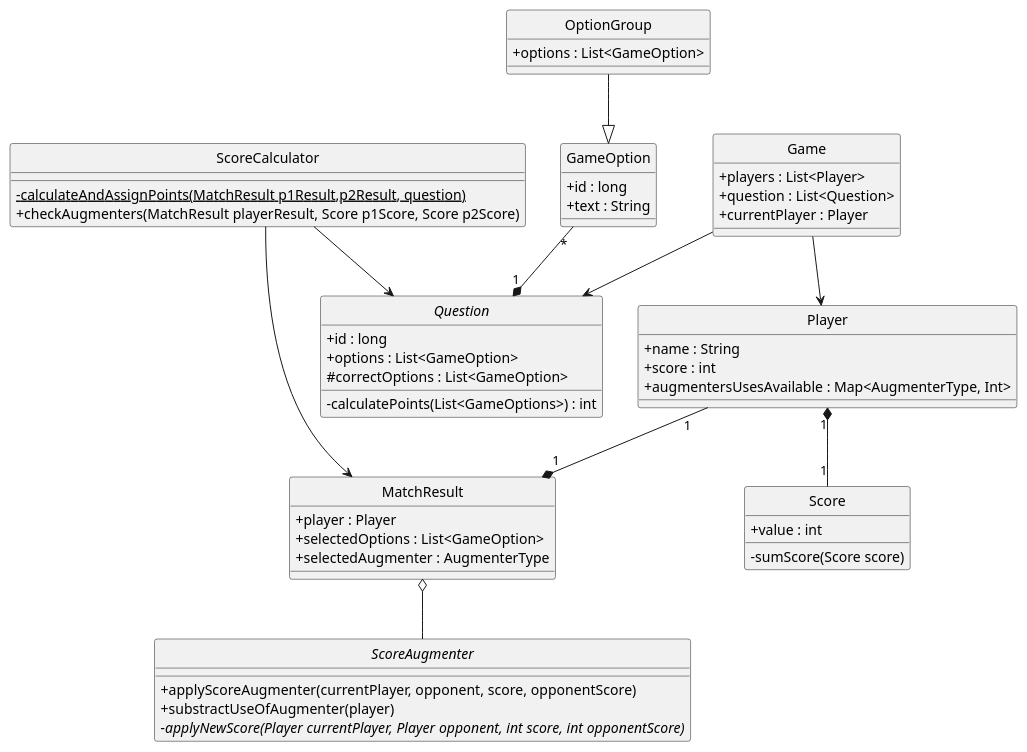
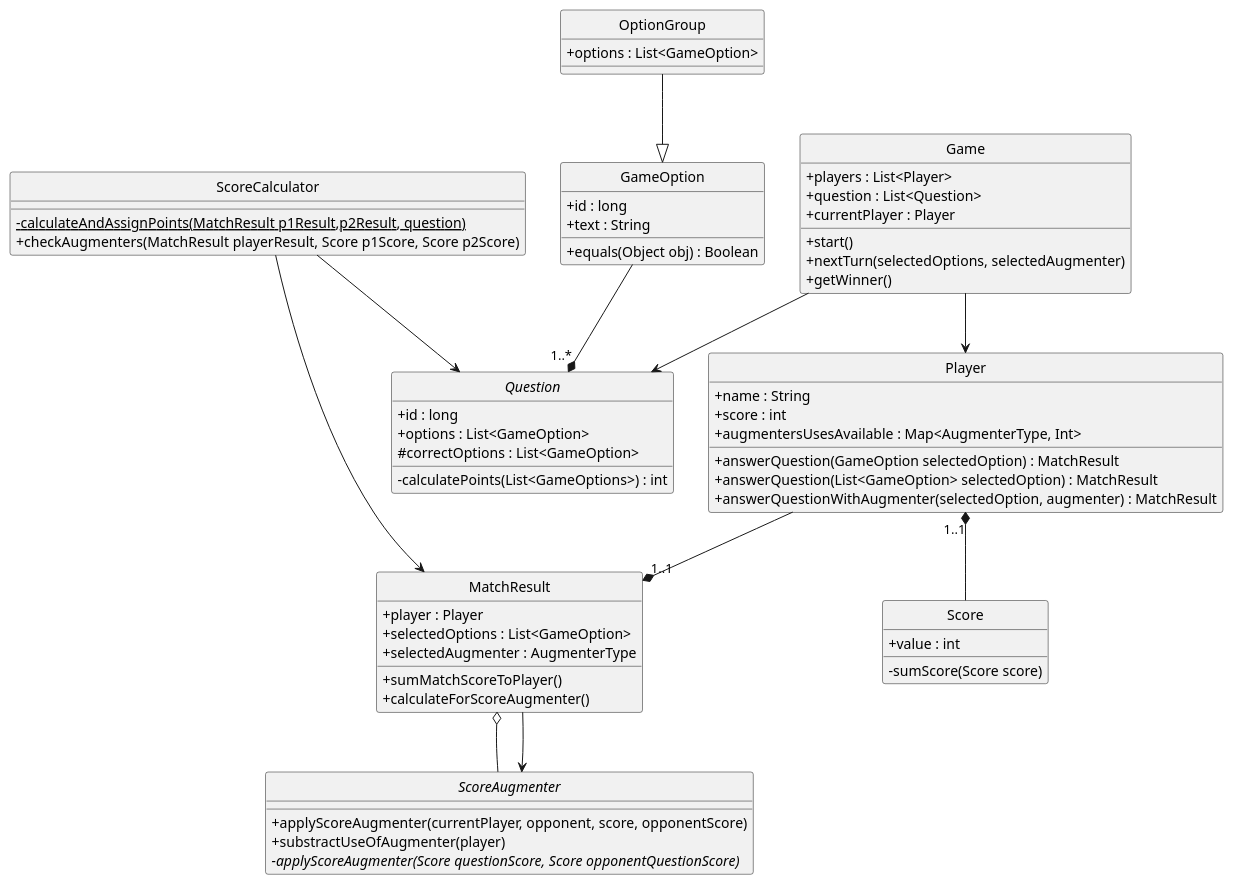
The diagram in docs/diagramaClases-Principal-TP2.plantuml (diegosanchez/TP2-Kahoot), drawn with PlantUML before and after one commit. The commit also changed 4 other files, not shown here.

First line of the commit message:
Actualización Diagrama de Clases

```diff
--- a/docs/diagramaClases-Principal-TP2.plantuml
+++ b/docs/diagramaClases-Principal-TP2.plantuml
@@ -1,71 +1,81 @@
 @startuml DiagramaUML-Clases-TP2
 hide circle
 skinparam classAttributeIconSize 0
 
 abstract Question{
     + id : long
     + options : List<GameOption>
     # correctOptions : List<GameOption>
     - calculatePoints(List<GameOptions>) : int
 }
 
 class GameOption{
     + id : long
 	+ text : String
+    + equals(Object obj) : Boolean
 }
 
 class OptionGroup{
     + options : List<GameOption>
 }
 
 class Score{
     + value : int
     - sumScore(Score score)
 }
 
 class Game{
     + players : List<Player>
 	+ question : List<Question>
 	+ currentPlayer : Player
+    + start()
+    + nextTurn(selectedOptions, selectedAugmenter)
+    + getWinner()
 }
 
 class MatchResult{
     + player : Player
 	+ selectedOptions : List<GameOption> 
 	+ selectedAugmenter : AugmenterType 
+    + sumMatchScoreToPlayer()
+    + calculateForScoreAugmenter()
 }
 
 class ScoreCalculator{
     - {static} calculateAndAssignPoints(MatchResult p1Result,p2Result, question)
 	+ checkAugmenters(MatchResult playerResult, Score p1Score, Score p2Score)
 }
 
 class Player{
     + name : String
 	+ score : int
 	+ augmentersUsesAvailable : Map<AugmenterType, Int>
+    + answerQuestion(GameOption selectedOption) : MatchResult
+    + answerQuestion(List<GameOption> selectedOption) : MatchResult
+    + answerQuestionWithAugmenter(selectedOption, augmenter) : MatchResult
 }
 
 abstract ScoreAugmenter{
     + applyScoreAugmenter(currentPlayer, opponent, score, opponentScore)
     + substractUseOfAugmenter(player)
-    - {abstract}applyNewScore(Player currentPlayer, Player opponent, int score, int opponentScore)
+    - {abstract}applyScoreAugmenter(Score questionScore, Score opponentQuestionScore)
 }
 
 
 Game  --down>  Question
 Game --down>  Player
 
 OptionGroup --|> GameOption
 
 ScoreCalculator --right> MatchResult
 ScoreCalculator --> Question
 
-MatchResult "1"*--up"1" Player
+MatchResult "1..1"*--up Player
 MatchResult o-- ScoreAugmenter
+MatchResult --> ScoreAugmenter
 
-Player "1"*--"1" Score
+Player "1..1"*-- Score
 
-Question "1"*--up"*" GameOption
+Question "1..*"*--up GameOption
 
 @enduml
```
